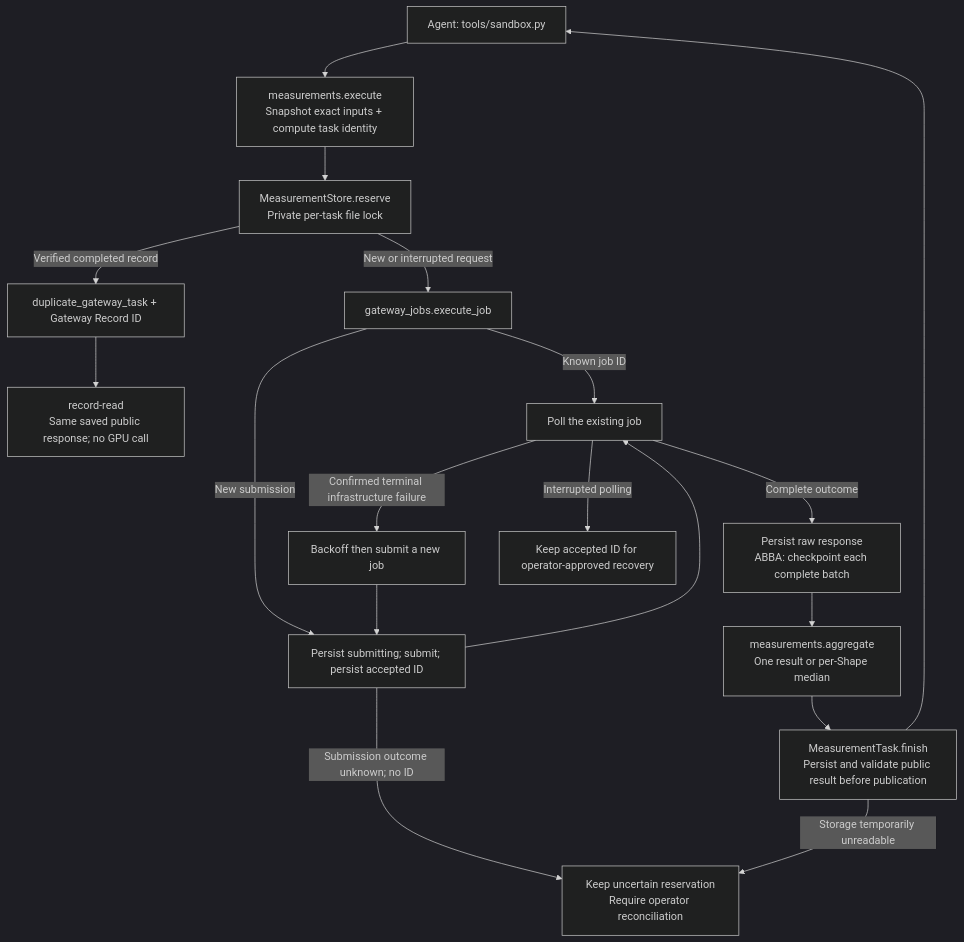
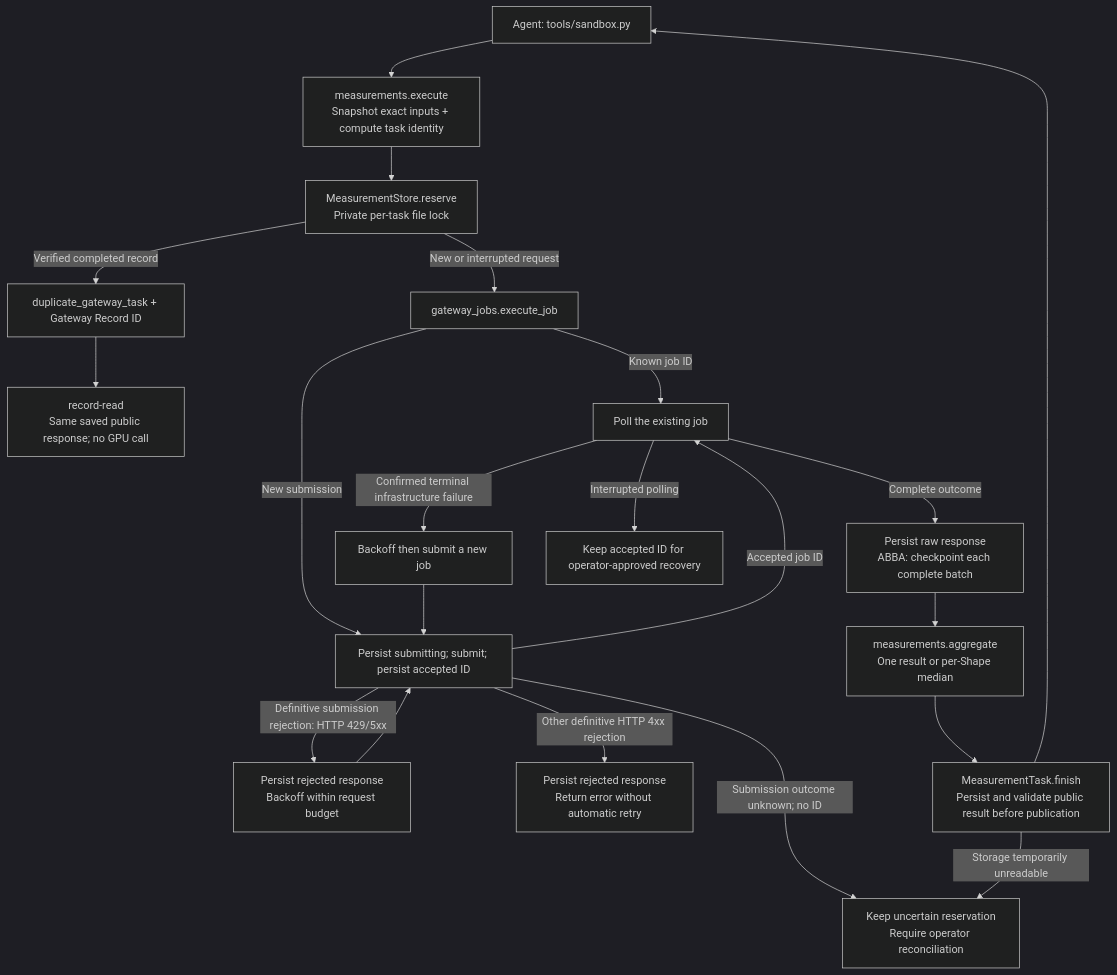
Before and after one commit to alibaba/atrex-kernel-agent: the diagram in docs/measurement-records.md, drawn with Mermaid (dark theme). The commit also changed other lines of this file and 6 other files, not shown here.

````diff
--- a/docs/measurement-records.md
+++ b/docs/measurement-records.md
@@ -9,20 +9,23 @@
 ```mermaid
 flowchart TD
     A["Agent: tools/sandbox.py"] --> S["measurements.execute<br/>Snapshot exact inputs + compute task identity"]
     S --> L["MeasurementStore.reserve<br/>Private per-task file lock"]
     L -->|Verified completed record| D["duplicate_gateway_task + Gateway Record ID"]
     D --> R["record-read<br/>Same saved public response; no GPU call"]
     L -->|New or interrupted request| J["gateway_jobs.execute_job"]
     J -->|Known job ID| P["Poll the existing job"]
     J -->|New submission| N["Persist submitting; submit; persist accepted ID"]
-    N --> P
+    N -->|Accepted job ID| P
+    N -->|Definitive submission rejection: HTTP 429/5xx| Q["Persist rejected response<br/>Backoff within request budget"]
+    Q --> N
+    N -->|Other definitive HTTP 4xx rejection| V["Persist rejected response<br/>Return error without automatic retry"]
     P -->|Confirmed terminal infrastructure failure| B["Backoff then submit a new job"]
     B --> N
     P -->|Complete outcome| C["Persist raw response<br/>ABBA: checkpoint each complete batch"]
     C --> M["measurements.aggregate<br/>One result or per-Shape median"]
     M --> F["MeasurementTask.finish<br/>Persist and validate public result before publication"]
     F --> A
     P -->|Interrupted polling| I["Keep accepted ID for operator-approved recovery"]
     N -->|Submission outcome unknown; no ID| U["Keep uncertain reservation<br/>Require operator reconciliation"]
     F -->|Storage temporarily unreadable| U
 ```
````
